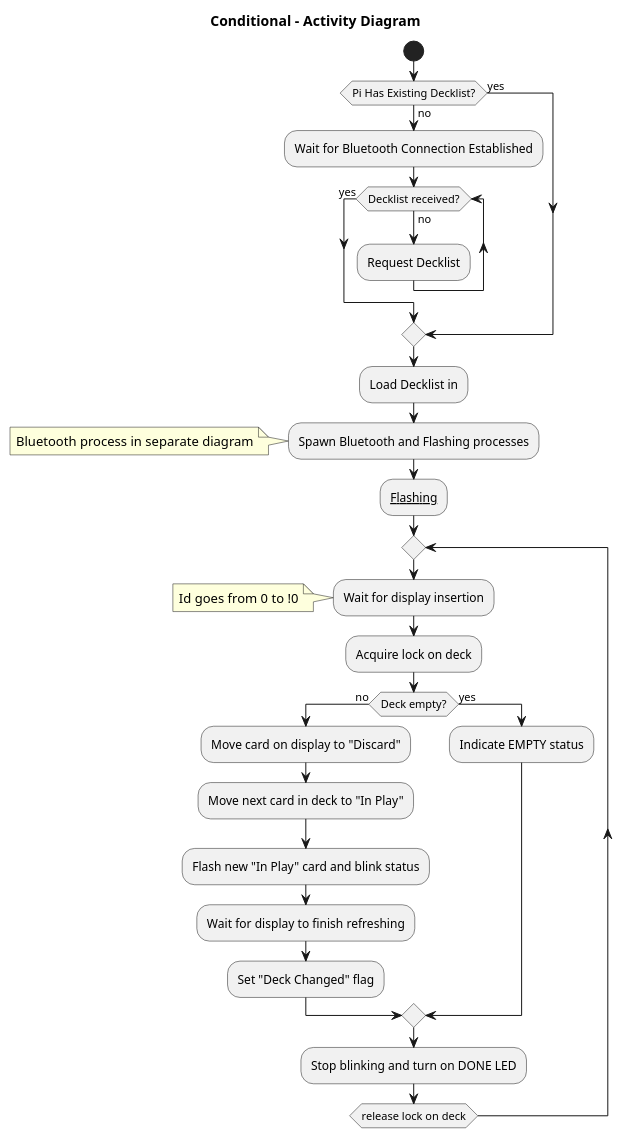
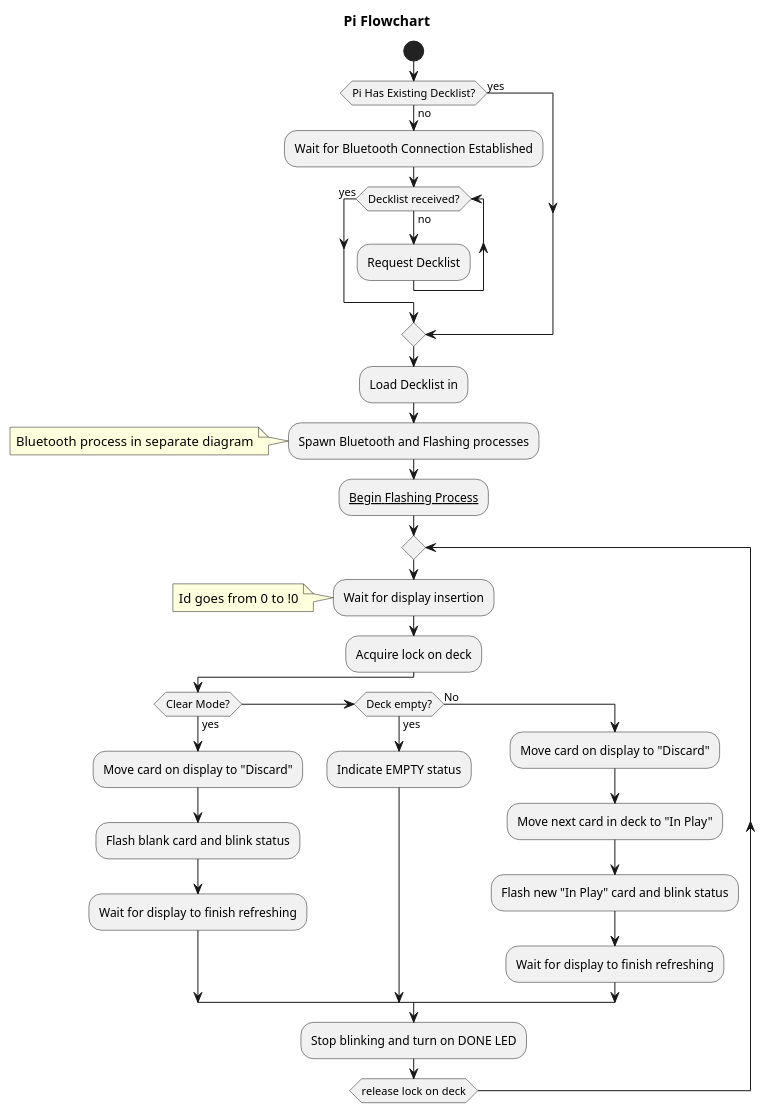
The diagram in Pi_flowchart.puml (jcassarly/SmartCards), drawn with PlantUML before and after one commit.

Commit message:
Updated flowchart with clear mode

```diff
--- a/Pi_flowchart.puml
+++ b/Pi_flowchart.puml
@@ -1,37 +1,40 @@
 @startuml
 
-title Conditional - Activity Diagram 
+title Pi Flowchart 
 
 start
 
 if (Pi Has Existing Decklist?) then (no)
   :Wait for Bluetooth Connection Established;
   while (Decklist received?) is (no)
     :Request Decklist;
   endwhile (yes)
   else (yes)
 endif
 
 :Load Decklist in;
 
 :Spawn Bluetooth and Flashing processes;
 note left: Bluetooth process in separate diagram
 
-:__Flashing__;
+:__Begin Flashing Process__;
 repeat
 :Wait for display insertion;
 note left: Id goes from 0 to !0
 :Acquire lock on deck;
-if (Deck empty?) then (no)
+if (Clear Mode?) then (yes)
+    :Move card on display to "Discard";
+    :Flash blank card and blink status;
+    :Wait for display to finish refreshing;
+else if (Deck empty?) then (yes)
+    :Indicate EMPTY status;
+else (No)
     :Move card on display to "Discard";
     :Move next card in deck to "In Play";
     :Flash new "In Play" card and blink status;
     :Wait for display to finish refreshing;
-    :Set "Deck Changed" flag;
-else (yes)
-    :Indicate EMPTY status;
 endif
 :Stop blinking and turn on DONE LED;
 repeat while (release lock on deck)
 
 @enduml
```
